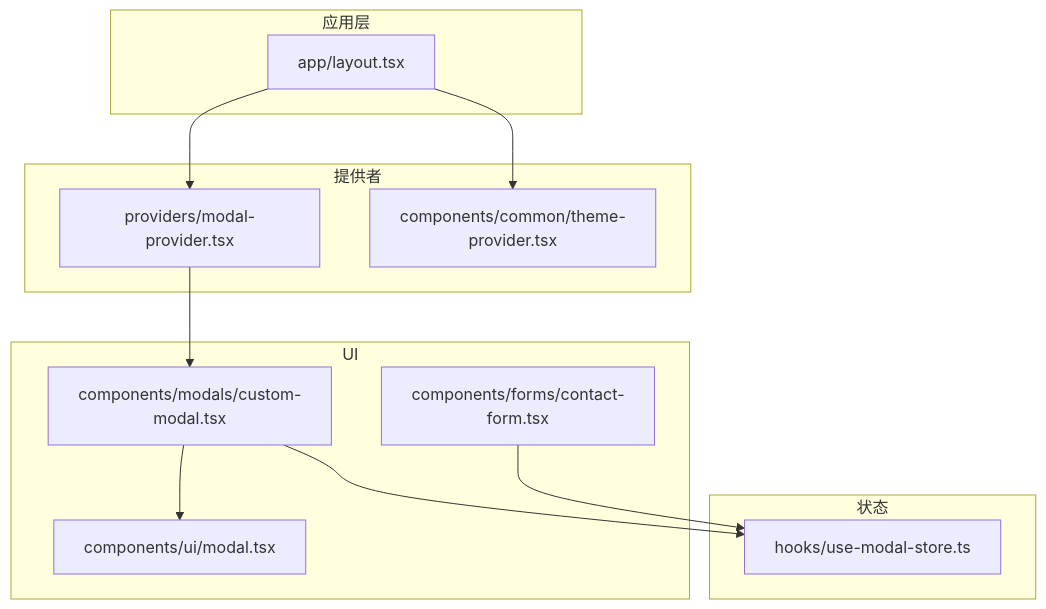
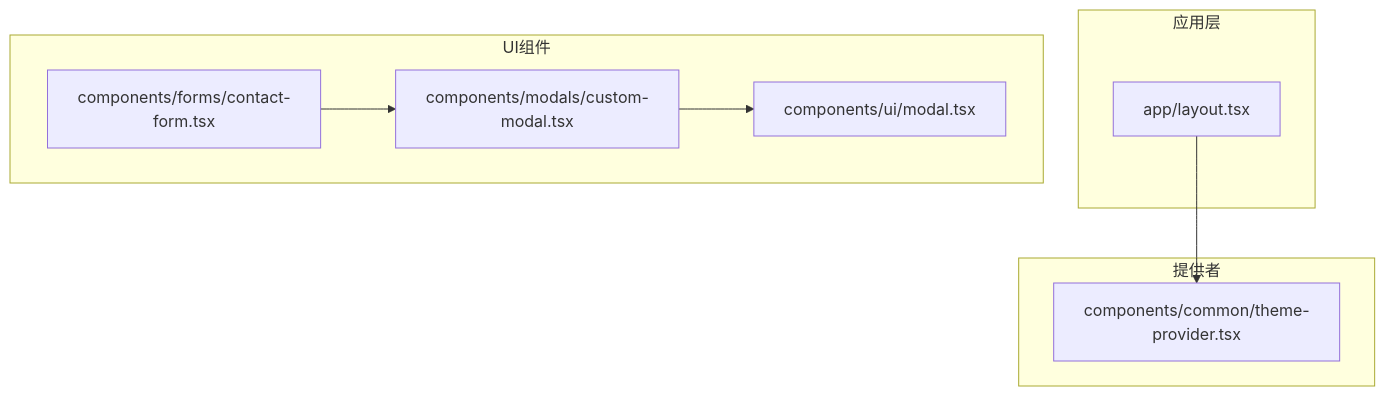
One commit to florianjsun/next-portfolio changed the first of 6 diagrams in .qoder/repowiki/zh/content/架构设计/数据流设计/状态管理数据流.md. Above: the diagram before and after it, drawn with Mermaid. The commit also changed other lines of this file and 49 other files, not shown here.

````diff
--- a/.qoder/repowiki/zh/content/架构设计/数据流设计/状态管理数据流.md
+++ b/.qoder/repowiki/zh/content/架构设计/数据流设计/状态管理数据流.md
@@ -41,24 +45,17 @@
 ```mermaid
 graph TB
 subgraph "应用层"
 L["app/layout.tsx"]
 end
 subgraph "提供者"
-MP["providers/modal-provider.tsx"]
 TP["components/common/theme-provider.tsx"]
 end
-subgraph "状态"
-MS["hooks/use-modal-store.ts"]
-end
-subgraph "UI"
+subgraph "UI组件"
 CM["components/modals/custom-modal.tsx"]
 UM["components/ui/modal.tsx"]
 CF["components/forms/contact-form.tsx"]
 end
-L --> MP
 L --> TP
-MP --> CM
-CM --> MS
-CF --> MS
+CF --> CM
 CM --> UM
 ```
````
